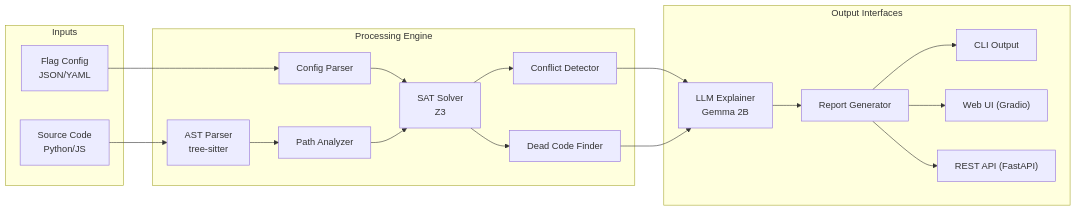
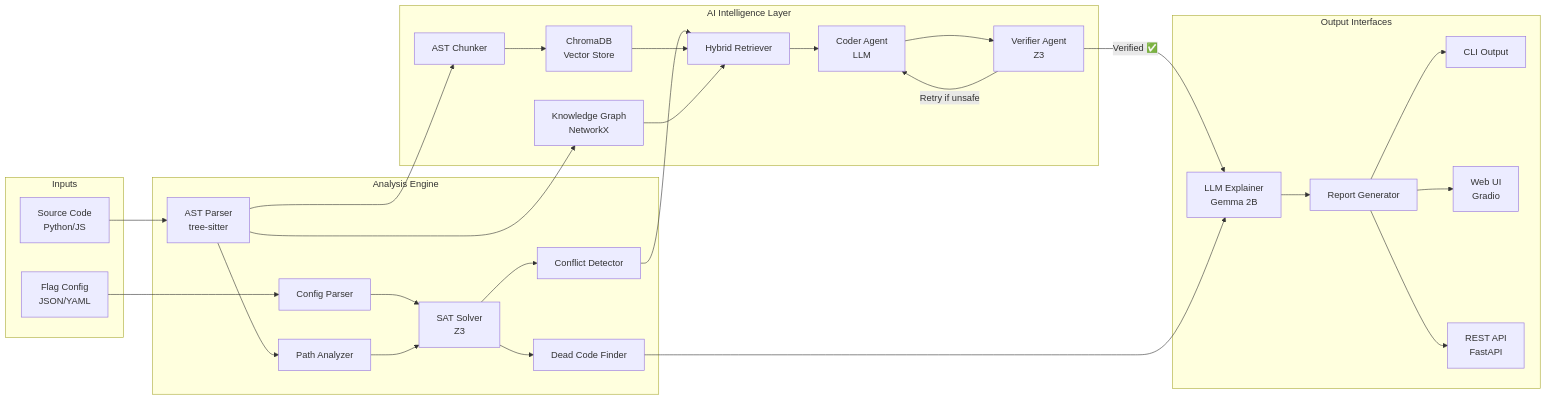
Before and after one commit to laxmi2577/flagguard: the first of 2 diagrams in README.md, drawn with Mermaid. The commit also changed other lines of this file and 2 other files, not shown here.

First line of the commit message:
docs: Update README, ARCHITECTURE, CHANGELOG for Phase 1 GraphRAG

````diff
--- a/README.md
+++ b/README.md
@@ -58,32 +64,48 @@
 ```mermaid
 flowchart LR
     subgraph Inputs
         A["Flag Config<br/>JSON/YAML"] 
         B["Source Code<br/>Python/JS"]
     end
     
-    subgraph Processing Engine
+    subgraph Analysis Engine
         C["Config Parser"]
         D["AST Parser<br/>tree-sitter"]
         E["Path Analyzer"]
         F["SAT Solver<br/>Z3"]
         G["Conflict Detector"]
         H["Dead Code Finder"]
     end
+
+    subgraph AI Intelligence Layer
+        I["AST Chunker"]
+        J["ChromaDB<br/>Vector Store"]
+        K["Knowledge Graph<br/>NetworkX"]
+        L["Hybrid Retriever"]
+        M["Coder Agent<br/>LLM"]
+        N["Verifier Agent<br/>Z3"]
+    end
     
     subgraph Output Interfaces
-        I["LLM Explainer<br/>Gemma 2B"]
-        J["Report Generator"]
-        K["CLI Output"]
-        L["Web UI (Gradio)"]
-        M["REST API (FastAPI)"]
+        O["LLM Explainer<br/>Gemma 2B"]
+        P["Report Generator"]
+        Q["CLI Output"]
+        R["Web UI<br/>Gradio"]
+        S["REST API<br/>FastAPI"]
     end
     
     A --> C --> F
     B --> D --> E --> F
-    F --> G --> I --> J
-    F --> H --> I
-    J --> K
+    D --> I --> J
+    D --> K
+    F --> G --> L
     J --> L
-    J --> M
+    K --> L
+    L --> M --> N
+    N -->|"Retry if unsafe"| M
+    N -->|"Verified ✅"| O --> P
+    F --> H --> O
+    P --> Q
+    P --> R
+    P --> S
 ```
````
